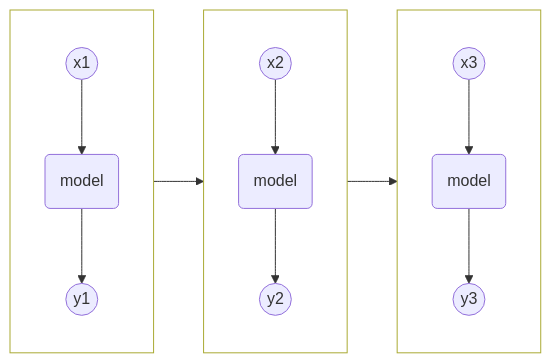
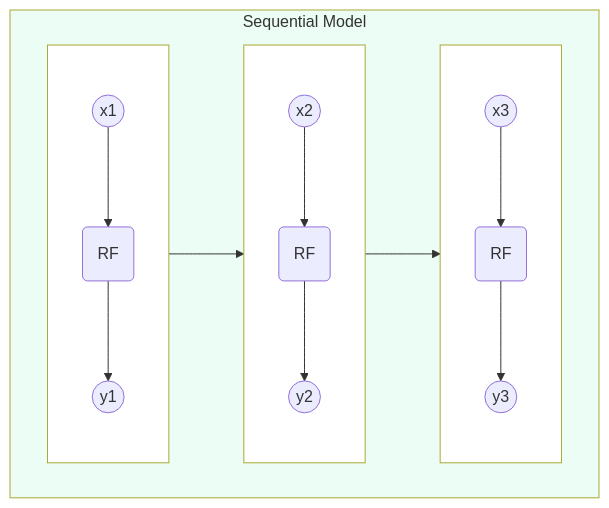
One commit to ayu0616/-seminar-4-first changed the second of 2 diagrams in docs/index.md. Above: the diagram before and after it, drawn with Mermaid. The commit also changed other lines of this file and 3 other files, not shown here.

```diff
--- a/docs/index.md
+++ b/docs/index.md
@@ -97,19 +112,23 @@
 <div class="mermaid">
 flowchart LR
-    subgraph g1[" "]
-        direction TB
-        x1((x1)) --> model1(model) --> y1((y1))
-    end
-    subgraph g2[" "]
-        direction TB
-        x2((x2)) --> model2(model) --> y2((y2))
-    end
-    subgraph g3[" "]
-        direction TB
-        x3((x3)) --> model3(model) --> y3((y3))
+    subgraph g["Sequential Model"]
+        direction LR
+        subgraph g1[" "]
+            direction TB
+            x1((x1)) --> model1(RF) --> y1((y1))
+        end
+        subgraph g2[" "]
+            direction TB
+            x2((x2)) --> model2(RF) --> y2((y2))
+        end
+        subgraph g3[" "]
+            direction TB
+            x3((x3)) --> model3(RF) --> y3((y3))
+        end
     end
     g1 --> g2 --> g3
+    style g fill:#ecfdf5
     style g1 fill:#FFF
     style g2 fill:#FFF
     style g3 fill:#FFF
 </div>
```
